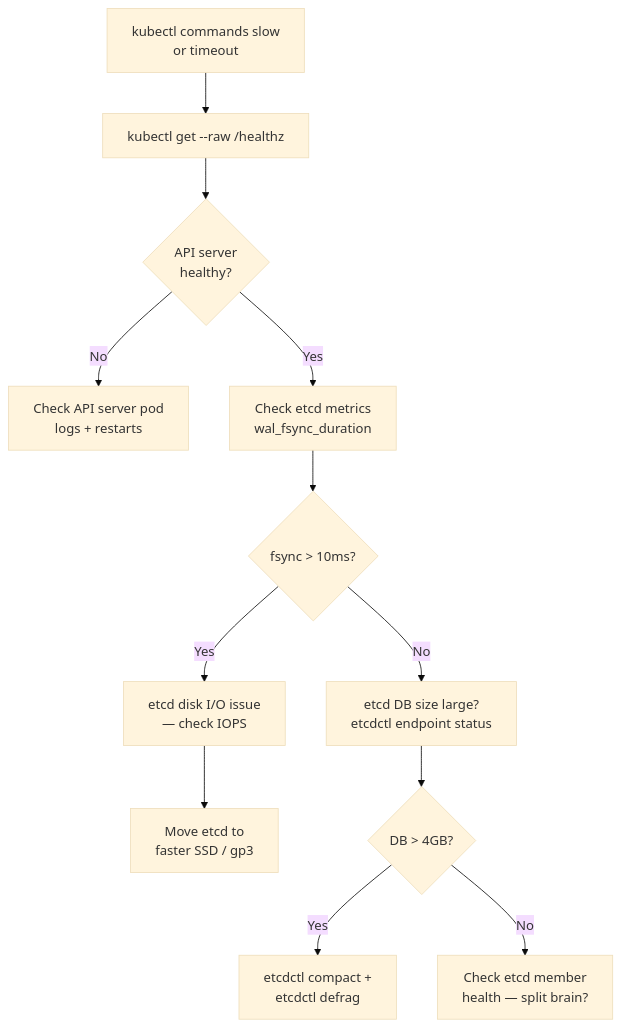
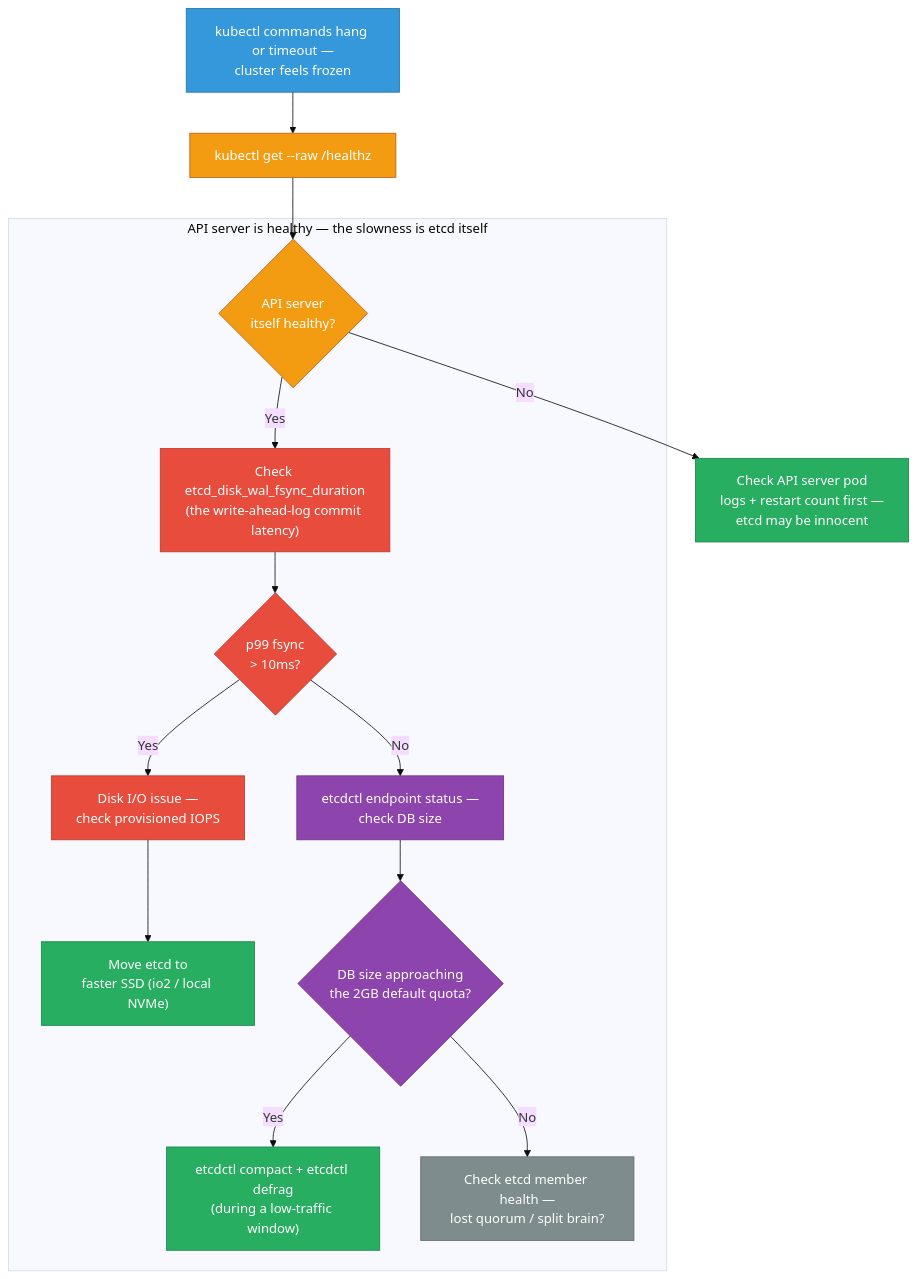
Diagram 12 of 13 in sre/k8s-scenarios.md (deepanshu-rawat6/DevOpsIndex), drawn with Mermaid (base theme) before and after one commit. The commit also changed other lines of this file and 7 other files, not shown here.

````diff
--- a/sre/k8s-scenarios.md
+++ b/sre/k8s-scenarios.md
@@ -1320,14 +1445,25 @@
 ```mermaid
 flowchart TD
-    A[kubectl commands slow<br/>or timeout] --> B[kubectl get --raw /healthz]
-    B --> C{API server<br/>healthy?}
-    C -- No --> D[Check API server pod<br/>logs + restarts]
-    C -- Yes --> E[Check etcd metrics<br/>wal_fsync_duration]
-    E --> F{fsync > 10ms?}
-    F -- Yes --> G[etcd disk I/O issue<br/>— check IOPS]
-    G --> H[Move etcd to<br/>faster SSD / gp3]
-    F -- No --> I[etcd DB size large?<br/>etcdctl endpoint status]
-    I --> J{DB > 4GB?}
-    J -- Yes --> K[etcdctl compact +<br/>etcdctl defrag]
-    J -- No --> L[Check etcd member<br/>health — split brain?]
+    classDef start fill:#3498db,stroke:#2471a3,color:#fff
+    classDef api fill:#f39c12,stroke:#ba6018,color:#fff
+    classDef disk fill:#e74c3c,stroke:#c0392b,color:#fff
+    classDef size fill:#8e44ad,stroke:#6c3483,color:#fff
+    classDef quorum fill:#7f8c8d,stroke:#616a6b,color:#fff
+    classDef fix fill:#27ae60,stroke:#1e8449,color:#fff
+
+    A["kubectl commands hang or timeout —<br/>cluster feels frozen"]:::start --> B["kubectl get --raw /healthz"]:::api
+    B --> C{"API server<br/>itself healthy?"}:::api
+    C -- No --> D["Check API server pod<br/>logs + restart count first —<br/>etcd may be innocent"]:::fix
+
+    subgraph EtcdBranch["API server is healthy — the slowness is etcd itself"]
+        C -- Yes --> E["Check etcd_disk_wal_fsync_duration<br/>(the write-ahead-log commit latency)"]:::disk
+        E --> F{"p99 fsync<br/>&gt; 10ms?"}:::disk
+        F -- Yes --> G["Disk I/O issue —<br/>check provisioned IOPS"]:::disk
+        G --> H["Move etcd to<br/>faster SSD (io2 / local NVMe)"]:::fix
+
+        F -- No --> I["etcdctl endpoint status —<br/>check DB size"]:::size
+        I --> J{"DB size approaching<br/>the 2GB default quota?"}:::size
+        J -- Yes --> K["etcdctl compact + etcdctl defrag<br/>(during a low-traffic window)"]:::fix
+        J -- No --> L["Check etcd member health —<br/>lost quorum / split brain?"]:::quorum
+    end
 ```
````
